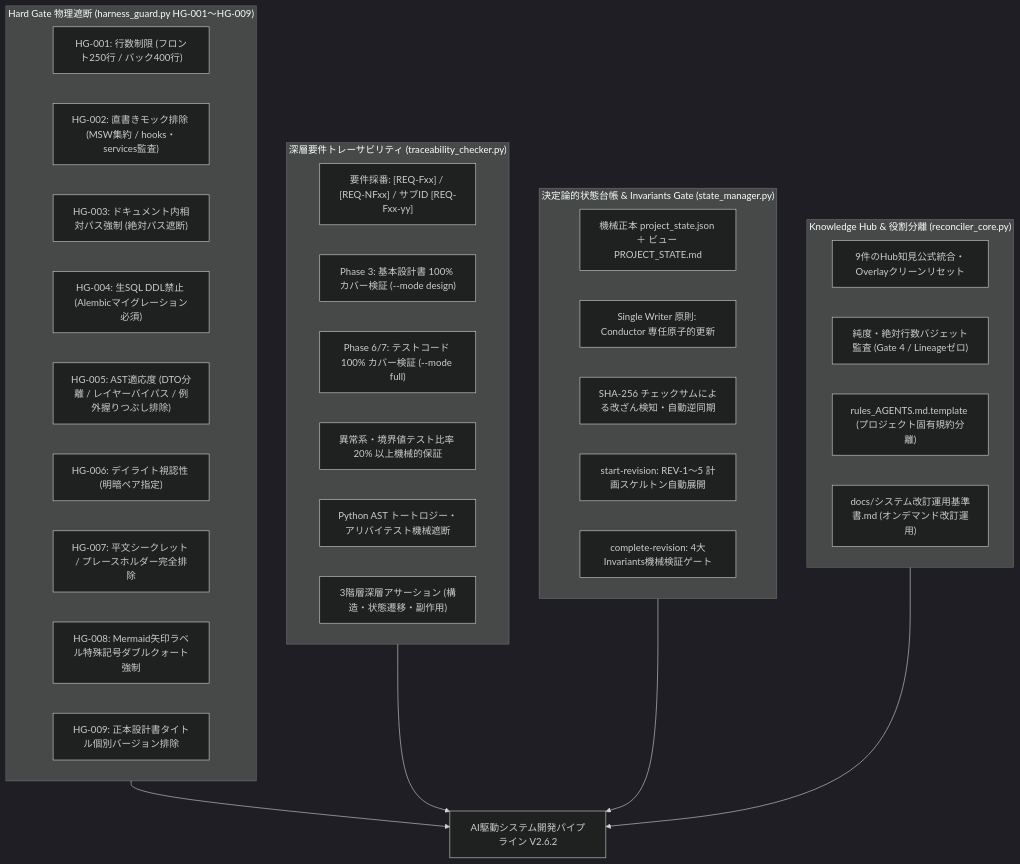
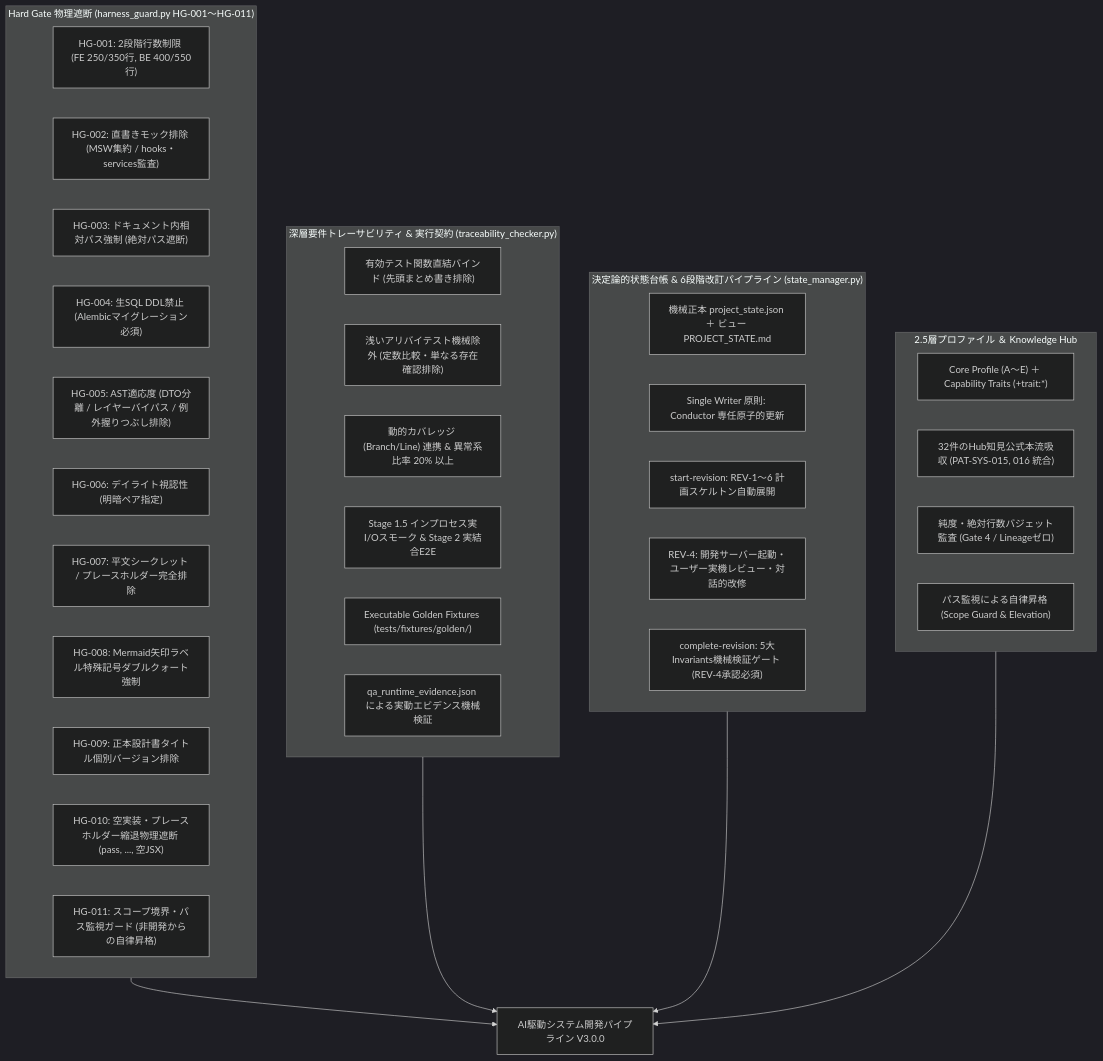
The first of 3 diagrams in README.md (LeoPanda/template), drawn with Mermaid (dark theme) before and after one commit. The commit also changed other lines of this file and 66 other files, not shown here.

````diff
--- a/README.md
+++ b/README.md
@@ -30,40 +32,42 @@
 ```mermaid
 flowchart TD
-    subgraph H1["Hard Gate 物理遮断 (harness_guard.py HG-001〜HG-009)"]
-        H1_1["HG-001: 行数制限 (フロント250行 / バック400行)"]
+    subgraph H1["Hard Gate 物理遮断 (harness_guard.py HG-001〜HG-011)"]
+        H1_1["HG-001: 2段階行数制限 (FE 250/350行, BE 400/550行)"]
         H1_2["HG-002: 直書きモック排除 (MSW集約 / hooks・services監査)"]
         H1_3["HG-003: ドキュメント内相対パス強制 (絶対パス遮断)"]
         H1_4["HG-004: 生SQL DDL禁止 (Alembicマイグレーション必須)"]
         H1_5["HG-005: AST適応度 (DTO分離 / レイヤーバイパス / 例外握りつぶし排除)"]
         H1_6["HG-006: デイライト視認性 (明暗ペア指定)"]
         H1_7["HG-007: 平文シークレット / プレースホルダー完全排除"]
         H1_8["HG-008: Mermaid矢印ラベル特殊記号ダブルクォート強制"]
         H1_9["HG-009: 正本設計書タイトル個別バージョン排除"]
+        H1_10["HG-010: 空実装・プレースホルダー縮退物理遮断 (pass, ..., 空JSX)"]
+        H1_11["HG-011: スコープ境界・パス監視ガード (非開発からの自律昇格)"]
     end
 
-    subgraph H2["深層要件トレーサビリティ (traceability_checker.py)"]
-        H2_1["要件採番: [REQ-Fxx] / [REQ-NFxx] / サブID [REQ-Fxx-yy]"]
-        H2_2["Phase 3: 基本設計書 100% カバー検証 (--mode design)"]
-        H2_3["Phase 6/7: テストコード 100% カバー検証 (--mode full)"]
-        H2_4["異常系・境界値テスト比率 20% 以上機械的保証"]
-        H2_5["Python AST トートロジー・アリバイテスト機械遮断"]
-        H2_6["3階層深層アサーション (構造・状態遷移・副作用)"]
+    subgraph H2["深層要件トレーサビリティ & 実行契約 (traceability_checker.py)"]
+        H2_1["有効テスト関数直結バインド (先頭まとめ書き排除)"]
+        H2_2["浅いアリバイテスト機械除外 (定数比較・単なる存在確認排除)"]
+        H2_3["動的カバレッジ (Branch/Line) 連携 & 異常系比率 20% 以上"]
+        H2_4["Stage 1.5 インプロセス実I/Oスモーク & Stage 2 実結合E2E"]
+        H2_5["Executable Golden Fixtures (tests/fixtures/golden/)"]
+        H2_6["qa_runtime_evidence.json による実動エビデンス機械検証"]
     end
 
-    subgraph H3["決定論的状態台帳 & Invariants Gate (state_manager.py)"]
+    subgraph H3["決定論的状態台帳 & 6段階改訂パイプライン (state_manager.py)"]
         H3_1["機械正本 project_state.json ＋ ビュー PROJECT_STATE.md"]
         H3_2["Single Writer 原則: Conductor 専任原子的更新"]
-        H3_3["SHA-256 チェックサムによる改ざん検知・自動逆同期"]
-        H3_4["start-revision: REV-1〜5 計画スケルトン自動展開"]
-        H3_5["complete-revision: 4大Invariants機械検証ゲート"]
+        H3_3["start-revision: REV-1〜6 計画スケルトン自動展開"]
+        H3_4["REV-4: 開発サーバー起動・ユーザー実機レビュー・対話的改修"]
+        H3_5["complete-revision: 5大Invariants機械検証ゲート (REV-4承認必須)"]
     end
 
-    subgraph H4["Knowledge Hub & 役割分離 (reconciler_core.py)"]
-        H4_1["9件のHub知見公式統合・Overlayクリーンリセット"]
-        H4_2["純度・絶対行数バジェット監査 (Gate 4 / Lineageゼロ)"]
-        H4_3["rules_AGENTS.md.template (プロジェクト固有規約分離)"]
-        H4_4["docs/システム改訂運用基準書.md (オンデマンド改訂運用)"]
+    subgraph H4["2.5層プロファイル ＆ Knowledge Hub"]
+        H4_1["Core Profile (A〜E) ＋ Capability Traits (+trait:*)"]
+        H4_2["32件のHub知見公式本流吸収 (PAT-SYS-015, 016 統合)"]
+        H4_3["純度・絶対行数バジェット監査 (Gate 4 / Lineageゼロ)"]
+        H4_4["パス監視による自律昇格 (Scope Guard & Elevation)"]
     end
 
-    H1 & H2 & H3 & H4 --> V262["AI駆動システム開発パイプライン V2.6.2"]
+    H1 & H2 & H3 & H4 --> V300["AI駆動システム開発パイプライン V3.0.0"]
 ```
````
